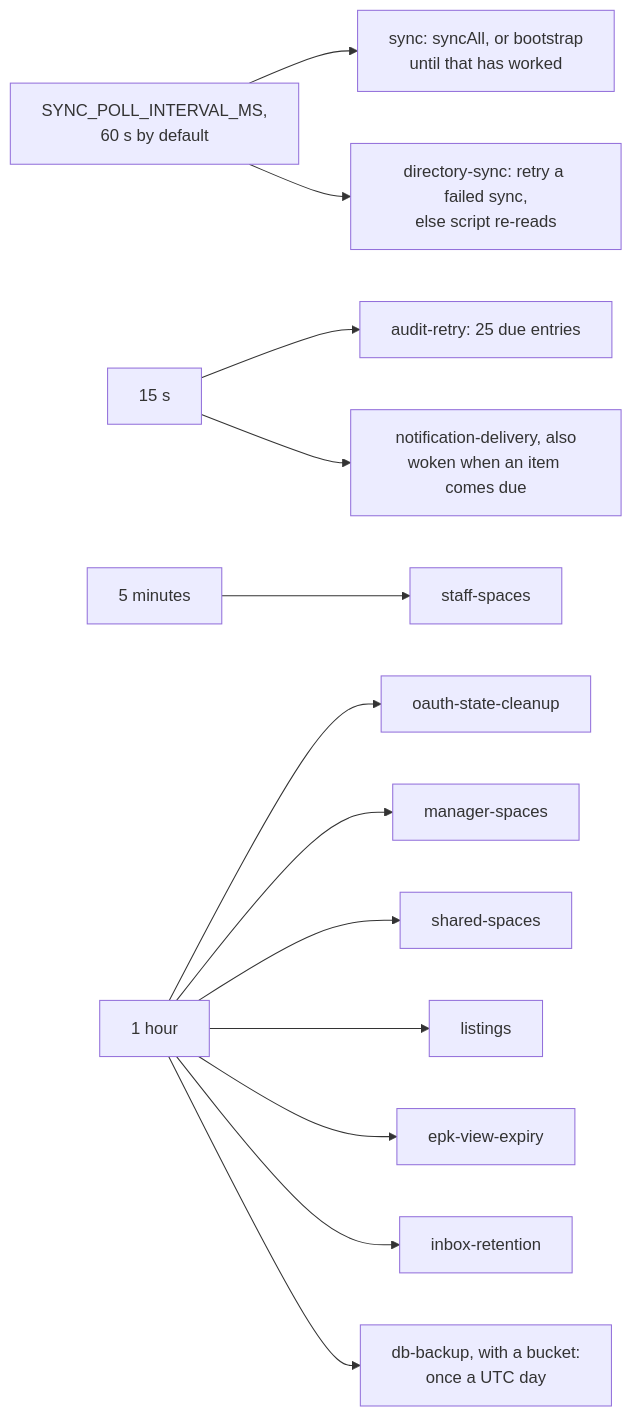
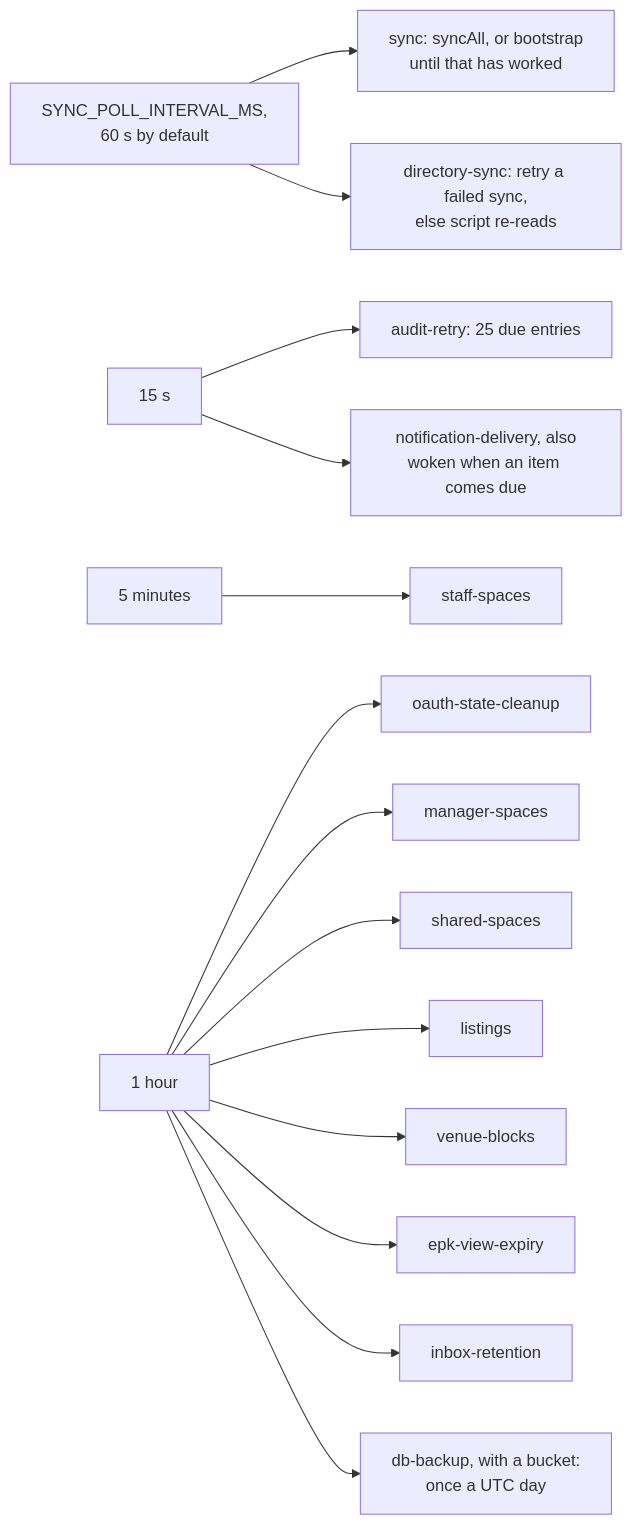
Before and after one commit to cutenode/localnetwork: the second of 7 diagrams in apps/web/docs/diagrams/jobs-and-directory.md, drawn with Mermaid. The commit also changed other lines of this file and 62 other files, not shown here.

First line of the commit message:
feat(web): add venue claims, approval modes and silent blocks

````diff
--- a/apps/web/docs/diagrams/jobs-and-directory.md
+++ b/apps/web/docs/diagrams/jobs-and-directory.md
@@ -38,15 +39,16 @@
 ```mermaid
 flowchart LR
   Poll["SYNC_POLL_INTERVAL_MS,<br/>60 s by default"] --> P1["sync: syncAll, or bootstrap<br/>until that has worked"]
   Poll --> P2["directory-sync: retry a failed sync,<br/>else script re-reads"]
   Quick["15 s"] --> Q1["audit-retry: 25 due entries"]
   Quick --> Q2["notification-delivery, also<br/>woken when an item comes due"]
   Five["5 minutes"] --> F1["staff-spaces"]
   Hour["1 hour"] --> H1["oauth-state-cleanup"]
   Hour --> H2["manager-spaces"]
   Hour --> H3["shared-spaces"]
   Hour --> H4["listings"]
-  Hour --> H5["epk-view-expiry"]
-  Hour --> H6["inbox-retention"]
-  Hour --> H7["db-backup, with a bucket:<br/>once a UTC day"]
+  Hour --> H5["venue-blocks"]
+  Hour --> H6["epk-view-expiry"]
+  Hour --> H7["inbox-retention"]
+  Hour --> H8["db-backup, with a bucket:<br/>once a UTC day"]
 ```
````
